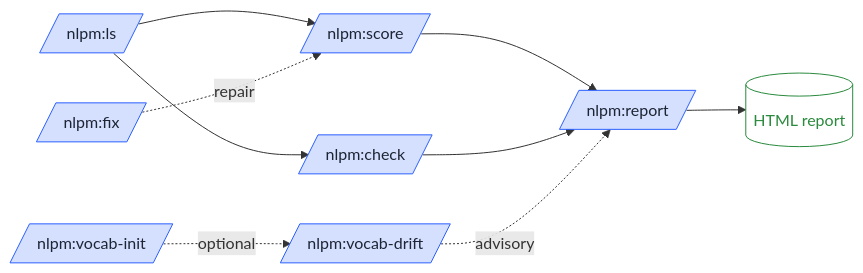
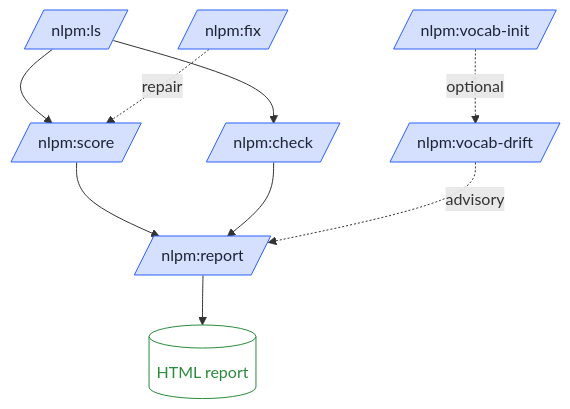
The first of 3 diagrams in site/how-it-works.md (cgartlab/nlpm), drawn with Mermaid before and after one commit. The commit also changed other lines of this file and 1 other file, not shown here.

````diff
--- a/site/how-it-works.md
+++ b/site/how-it-works.md
@@ -12,16 +12,16 @@
 ```mermaid
-flowchart LR
+flowchart TD
   ls[/nlpm:ls/] --> score[/nlpm:score/]
   ls --> check[/nlpm:check/]
   score --> report[/nlpm:report/]
   check --> report
   vocab[/nlpm:vocab-init/] -.optional.-> drift[/nlpm:vocab-drift/]
   drift -.advisory.-> report
   fix[/nlpm:fix/] -.repair.-> score
   report --> html[(HTML report)]
 
   classDef step fill:#d5e0ff,stroke:#2b5fff,color:#1d2433
   classDef out fill:#fff,stroke:#2a8a3d,color:#2a8a3d
   class ls,score,check,vocab,drift,fix,report step
   class html out
 ```
````
